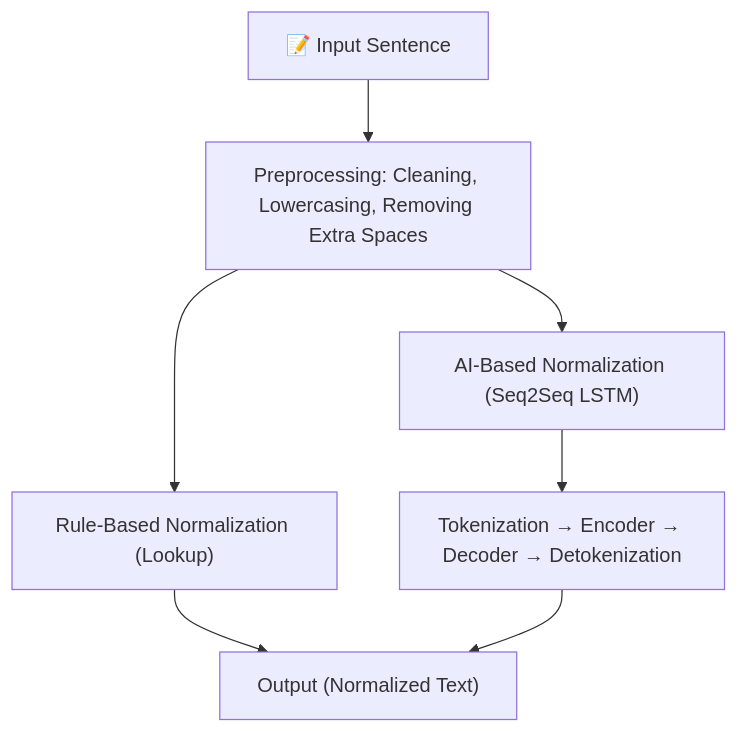
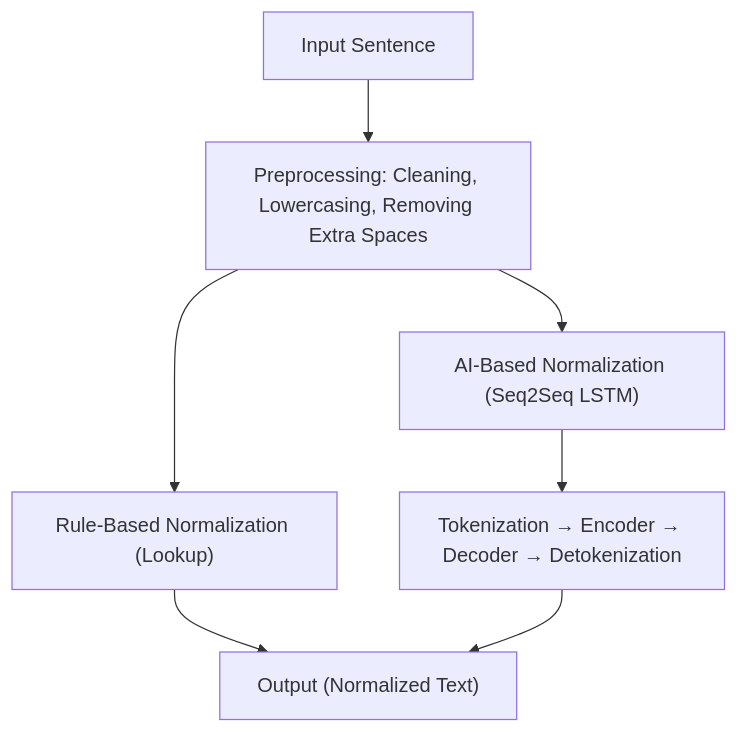
Before and after one commit to YashzAlphaGeek/itsAllAboutAI: the first of 2 diagrams in german-text-normalizer/README.md, drawn with Mermaid. The commit also changed other lines of this file and 2 other files, not shown here.

````diff
--- a/german-text-normalizer/README.md
+++ b/german-text-normalizer/README.md
@@ -11,12 +13,12 @@
 ```mermaid
 flowchart TD
     %% Main NLP Flow
-    A["📝 Input Sentence"] --> B["Preprocessing: Cleaning, Lowercasing, Removing Extra Spaces"]
+    A["Input Sentence"] --> B["Preprocessing: Cleaning, Lowercasing, Removing Extra Spaces"]
 
     B --> C["Rule-Based Normalization (Lookup)"]
     C --> D["Output (Normalized Text)"]
 
     B --> E["AI-Based Normalization (Seq2Seq LSTM)"]
     E --> F["Tokenization → Encoder → Decoder → Detokenization"]
     F --> D
 ```
````
